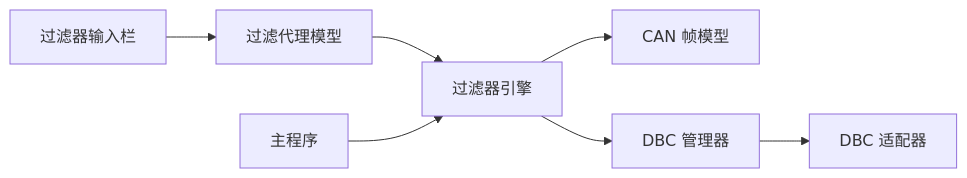
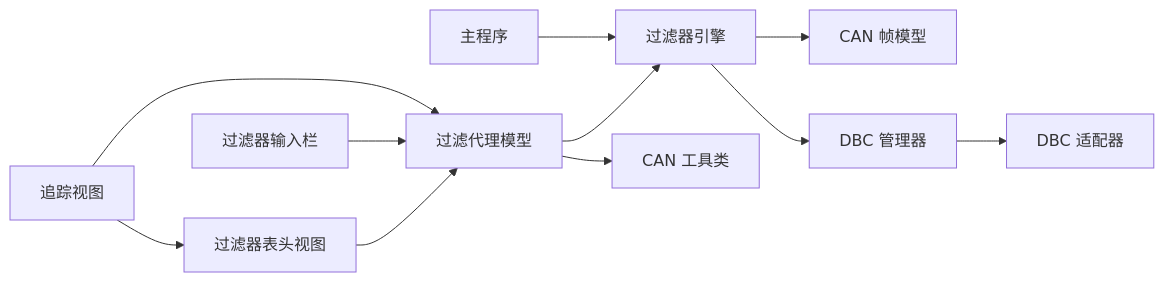
Before and after one commit to jakecai1225-design/OpenBus: the fourth of 4 diagrams in .qoder/repowiki/zh/content/核心模块详解/过滤器引擎.md, drawn with Mermaid. The commit also changed other lines of this file and 13 other files, not shown here.

````diff
--- a/.qoder/repowiki/zh/content/核心模块详解/过滤器引擎.md
+++ b/.qoder/repowiki/zh/content/核心模块详解/过滤器引擎.md
@@ -269,9 +364,13 @@
 ```mermaid
 graph LR
 FE["过滤器引擎"] --> CF["CAN 帧模型"]
 FE --> DM["DBC 管理器"]
 DM --> DA["DBC 适配器"]
 CPM["过滤代理模型"] --> FE
+CPM --> CU["CAN 工具类"]
+FHV["过滤器表头视图"] --> CPM
 FB["过滤器输入栏"] --> CPM
+TV["追踪视图"] --> FHV
+TV --> CPM
 MAIN["主程序"] --> FE
 ```
````
